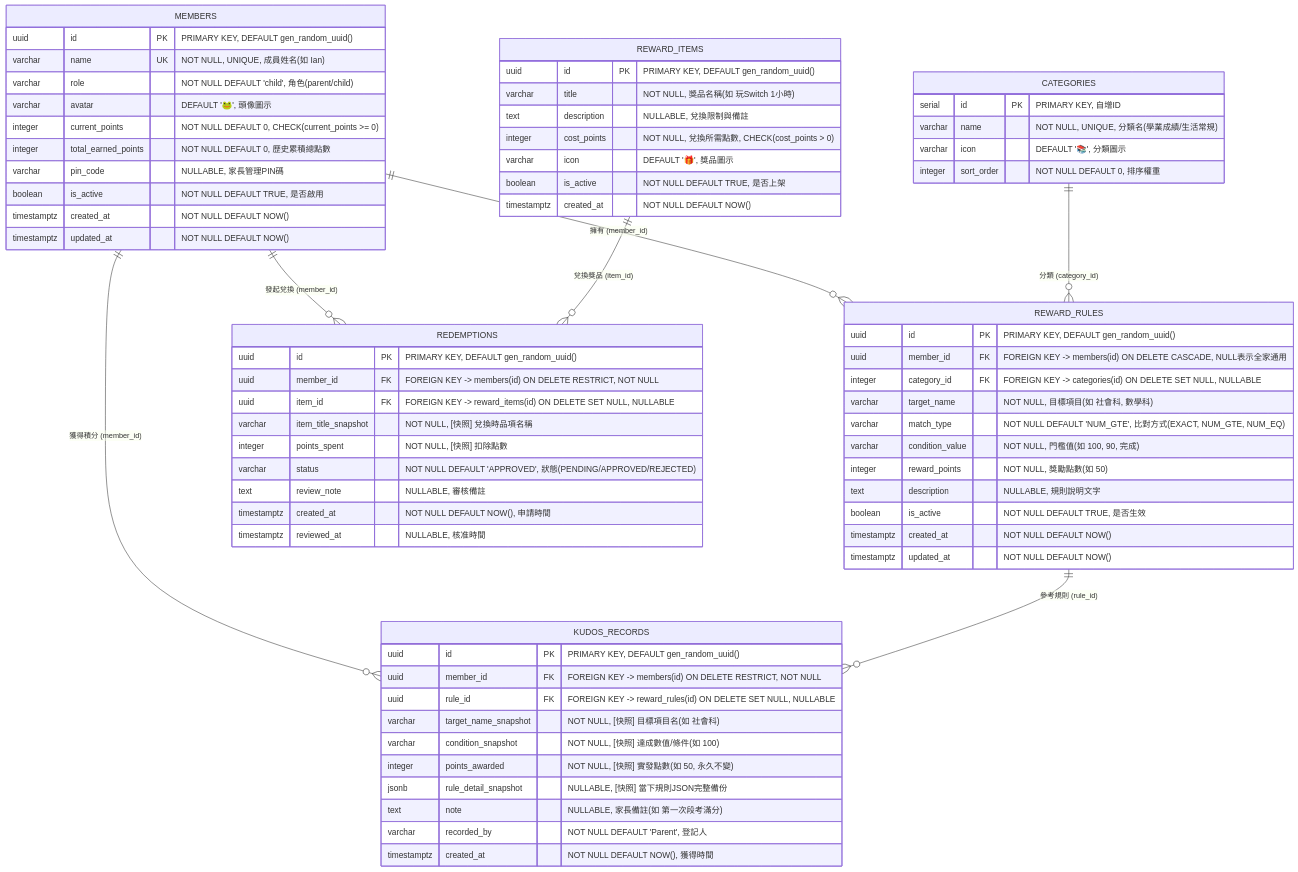
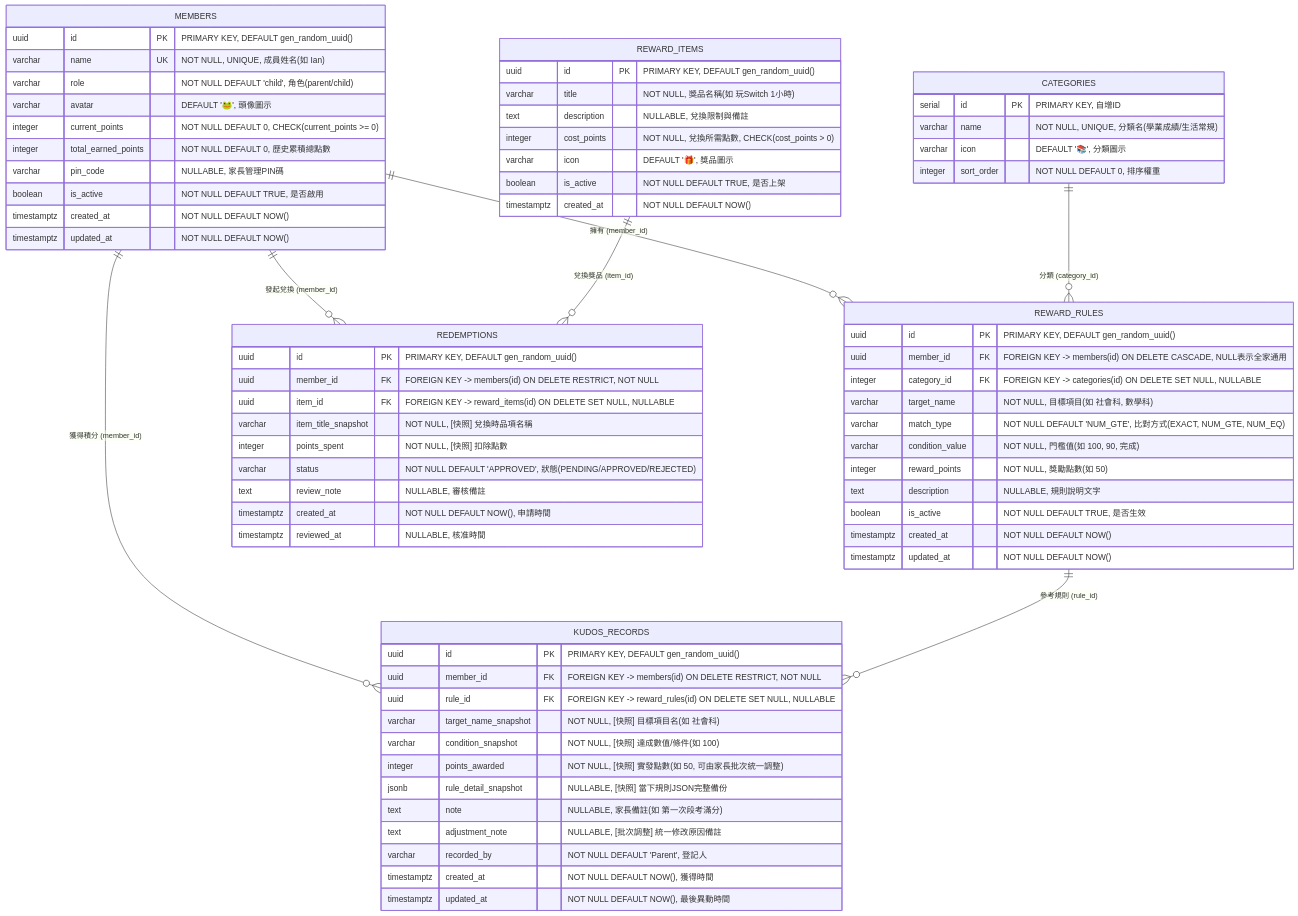
The first of 3 diagrams in DESIGN.md (chinsonyeh/frog_kudos), drawn with Mermaid before and after one commit. The commit also changed other lines of this file and 1 other file, not shown here.

Commit message:
feat(docs): add batch historical points adjustment requirement and architecture design

````diff
--- a/DESIGN.md
+++ b/DESIGN.md
@@ -48,78 +48,80 @@
 ```mermaid
 erDiagram
     MEMBERS ||--o{ REWARD_RULES : "擁有 (member_id)"
     CATEGORIES ||--o{ REWARD_RULES : "分類 (category_id)"
     MEMBERS ||--o{ KUDOS_RECORDS : "獲得積分 (member_id)"
     REWARD_RULES ||--o{ KUDOS_RECORDS : "參考規則 (rule_id)"
     MEMBERS ||--o{ REDEMPTIONS : "發起兌換 (member_id)"
     REWARD_ITEMS ||--o{ REDEMPTIONS : "兌換獎品 (item_id)"
 
     MEMBERS {
         uuid id PK "PRIMARY KEY, DEFAULT gen_random_uuid()"
         varchar name UK "NOT NULL, UNIQUE, 成員姓名(如 Ian)"
         varchar role "NOT NULL DEFAULT 'child', 角色(parent/child)"
         varchar avatar "DEFAULT '🐸', 頭像圖示"
         integer current_points "NOT NULL DEFAULT 0, CHECK(current_points >= 0)"
         integer total_earned_points "NOT NULL DEFAULT 0, 歷史累積總點數"
         varchar pin_code "NULLABLE, 家長管理PIN碼"
         boolean is_active "NOT NULL DEFAULT TRUE, 是否啟用"
         timestamptz created_at "NOT NULL DEFAULT NOW()"
         timestamptz updated_at "NOT NULL DEFAULT NOW()"
     }
 
     CATEGORIES {
         serial id PK "PRIMARY KEY, 自增ID"
         varchar name "NOT NULL, UNIQUE, 分類名(學業成績/生活常規)"
         varchar icon "DEFAULT '📚', 分類圖示"
         integer sort_order "NOT NULL DEFAULT 0, 排序權重"
     }
 
     REWARD_RULES {
         uuid id PK "PRIMARY KEY, DEFAULT gen_random_uuid()"
         uuid member_id FK "FOREIGN KEY -> members(id) ON DELETE CASCADE, NULL表示全家通用"
         integer category_id FK "FOREIGN KEY -> categories(id) ON DELETE SET NULL, NULLABLE"
         varchar target_name "NOT NULL, 目標項目(如 社會科, 數學科)"
         varchar match_type "NOT NULL DEFAULT 'NUM_GTE', 比對方式(EXACT, NUM_GTE, NUM_EQ)"
         varchar condition_value "NOT NULL, 門檻值(如 100, 90, 完成)"
         integer reward_points "NOT NULL, 獎勵點數(如 50)"
         text description "NULLABLE, 規則說明文字"
         boolean is_active "NOT NULL DEFAULT TRUE, 是否生效"
         timestamptz created_at "NOT NULL DEFAULT NOW()"
         timestamptz updated_at "NOT NULL DEFAULT NOW()"
     }
 
     KUDOS_RECORDS {
         uuid id PK "PRIMARY KEY, DEFAULT gen_random_uuid()"
         uuid member_id FK "FOREIGN KEY -> members(id) ON DELETE RESTRICT, NOT NULL"
         uuid rule_id FK "FOREIGN KEY -> reward_rules(id) ON DELETE SET NULL, NULLABLE"
         varchar target_name_snapshot "NOT NULL, [快照] 目標項目名(如 社會科)"
         varchar condition_snapshot "NOT NULL, [快照] 達成數值/條件(如 100)"
-        integer points_awarded "NOT NULL, [快照] 實發點數(如 50, 永久不變)"
+        integer points_awarded "NOT NULL, [快照] 實發點數(如 50, 可由家長批次統一調整)"
         jsonb rule_detail_snapshot "NULLABLE, [快照] 當下規則JSON完整備份"
         text note "NULLABLE, 家長備註(如 第一次段考滿分)"
+        text adjustment_note "NULLABLE, [批次調整] 統一修改原因備註"
         varchar recorded_by "NOT NULL DEFAULT 'Parent', 登記人"
         timestamptz created_at "NOT NULL DEFAULT NOW(), 獲得時間"
+        timestamptz updated_at "NOT NULL DEFAULT NOW(), 最後異動時間"
     }
 
     REWARD_ITEMS {
         uuid id PK "PRIMARY KEY, DEFAULT gen_random_uuid()"
         varchar title "NOT NULL, 獎品名稱(如 玩Switch 1小時)"
         text description "NULLABLE, 兌換限制與備註"
         integer cost_points "NOT NULL, 兌換所需點數, CHECK(cost_points > 0)"
         varchar icon "DEFAULT '🎁', 獎品圖示"
         boolean is_active "NOT NULL DEFAULT TRUE, 是否上架"
         timestamptz created_at "NOT NULL DEFAULT NOW()"
     }
 
     REDEMPTIONS {
         uuid id PK "PRIMARY KEY, DEFAULT gen_random_uuid()"
         uuid member_id FK "FOREIGN KEY -> members(id) ON DELETE RESTRICT, NOT NULL"
         uuid item_id FK "FOREIGN KEY -> reward_items(id) ON DELETE SET NULL, NULLABLE"
         varchar item_title_snapshot "NOT NULL, [快照] 兌換時品項名稱"
         integer points_spent "NOT NULL, [快照] 扣除點數"
         varchar status "NOT NULL DEFAULT 'APPROVED', 狀態(PENDING/APPROVED/REJECTED)"
         text review_note "NULLABLE, 審核備註"
         timestamptz created_at "NOT NULL DEFAULT NOW(), 申請時間"
         timestamptz reviewed_at "NULLABLE, 核准時間"
     }
 ```
````
